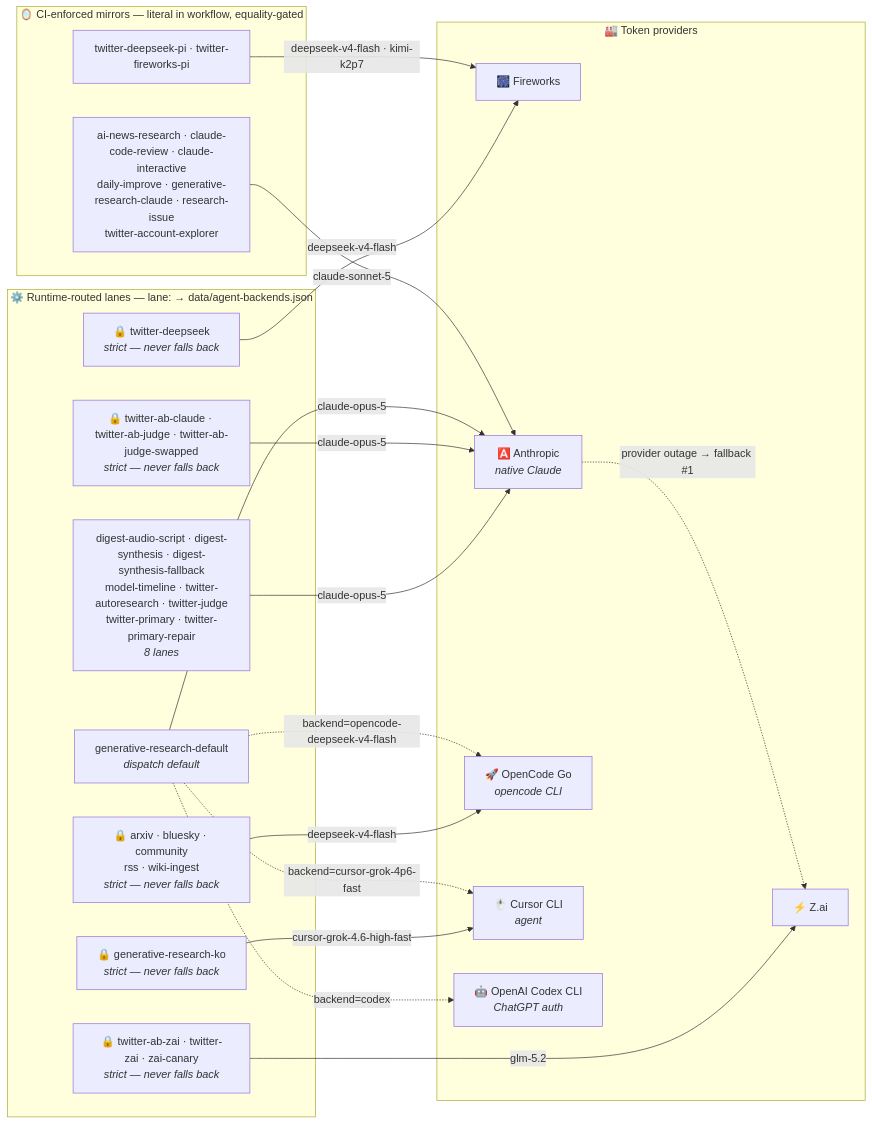
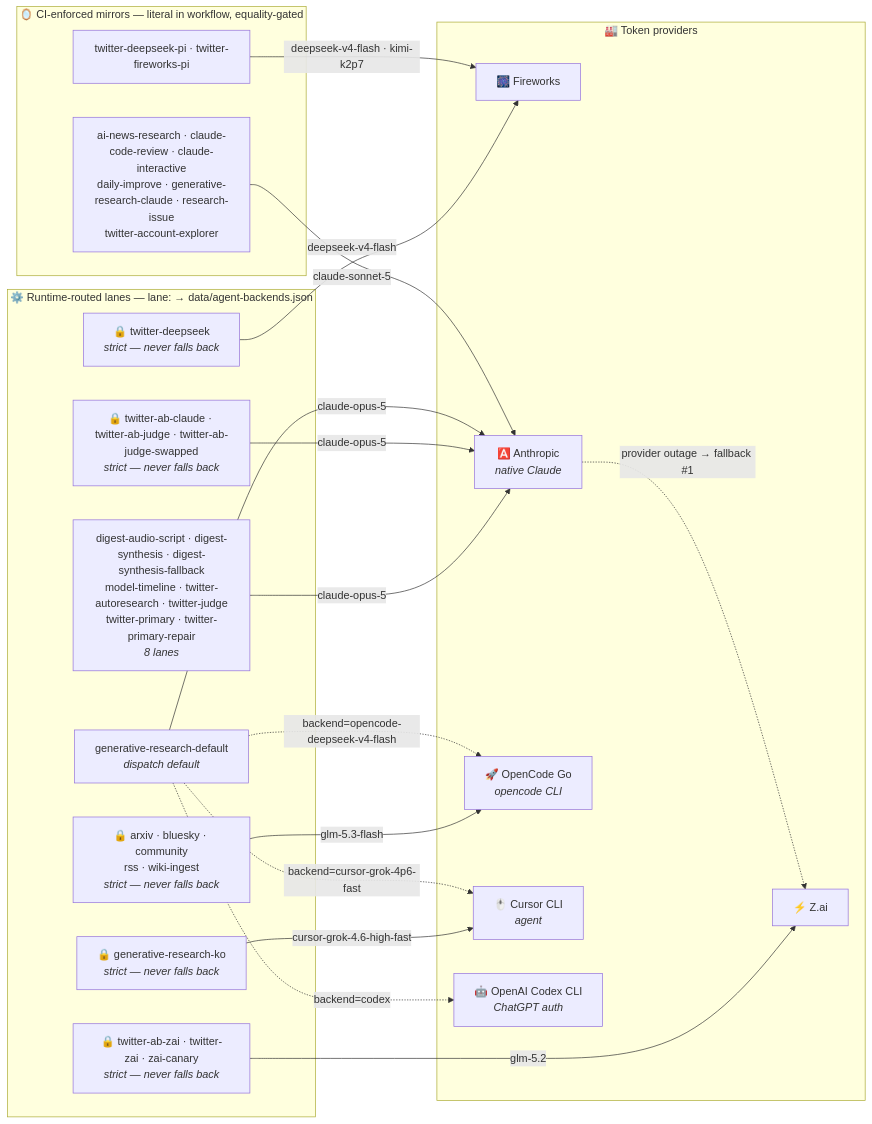
The second of 2 diagrams in README.md (guzus/ai-research-arm), drawn with Mermaid before and after one commit. The commit also changed other lines of this file and 7 other files, not shown here.

Commit message:
Prioritize GLM 5.3 Flash for editorial OpenCode route

````diff
--- a/README.md
+++ b/README.md
@@ -152,37 +152,37 @@
 ```mermaid
 flowchart LR
     subgraph runtime["⚙️ Runtime-routed lanes — lane: → data/agent-backends.json"]
         lanes0["digest-audio-script · digest-synthesis · digest-synthesis-fallback<br/>model-timeline · twitter-autoresearch · twitter-judge<br/>twitter-primary · twitter-primary-repair<br/><i>8 lanes</i>"]
         strict0["🔒 twitter-ab-claude · twitter-ab-judge · twitter-ab-judge-swapped<br/><i>strict — never falls back</i>"]
         strict1["🔒 generative-research-ko<br/><i>strict — never falls back</i>"]
         strict2["🔒 twitter-deepseek<br/><i>strict — never falls back</i>"]
         strict3["🔒 arxiv · bluesky · community<br/>rss · wiki-ingest<br/><i>strict — never falls back</i>"]
         strict4["🔒 twitter-ab-zai · twitter-zai · zai-canary<br/><i>strict — never falls back</i>"]
         gendef["generative-research-default<br/><i>dispatch default</i>"]
     end
     subgraph mirrors["🪞 CI-enforced mirrors — literal in workflow, equality-gated"]
         pi["twitter-deepseek-pi · twitter-fireworks-pi"]
         native["ai-news-research · claude-code-review · claude-interactive<br/>daily-improve · generative-research-claude · research-issue<br/>twitter-account-explorer"]
     end
     subgraph providers["🏭 Token providers"]
         FW["🎆 Fireworks"]
         ZAI["⚡ Z.ai"]
         ANT["🅰️ Anthropic<br/><i>native Claude</i>"]
         OC["🚀 OpenCode Go<br/><i>opencode CLI</i>"]
         CUR["🖱️ Cursor CLI<br/><i>agent</i>"]
         OAI["🤖 OpenAI Codex CLI<br/><i>ChatGPT auth</i>"]
     end
     lanes0 -->|"claude-opus-5"| ANT
     strict0 -->|"claude-opus-5"| ANT
     strict1 -->|"cursor-grok-4.6-high-fast"| CUR
     strict2 -->|"deepseek-v4-flash"| FW
-    strict3 -->|"deepseek-v4-flash"| OC
+    strict3 -->|"glm-5.3-flash"| OC
     strict4 -->|"glm-5.2"| ZAI
     gendef -->|"claude-opus-5"| ANT
     pi -->|"deepseek-v4-flash · kimi-k2p7"| FW
     native -->|"claude-sonnet-5"| ANT
     gendef -.->|"backend=codex"| OAI
     gendef -.->|"backend=opencode-deepseek-v4-flash"| OC
     gendef -.->|"backend=cursor-grok-4p6-fast"| CUR
     ANT -. "provider outage → fallback #1" .-> ZAI
 ```
````
